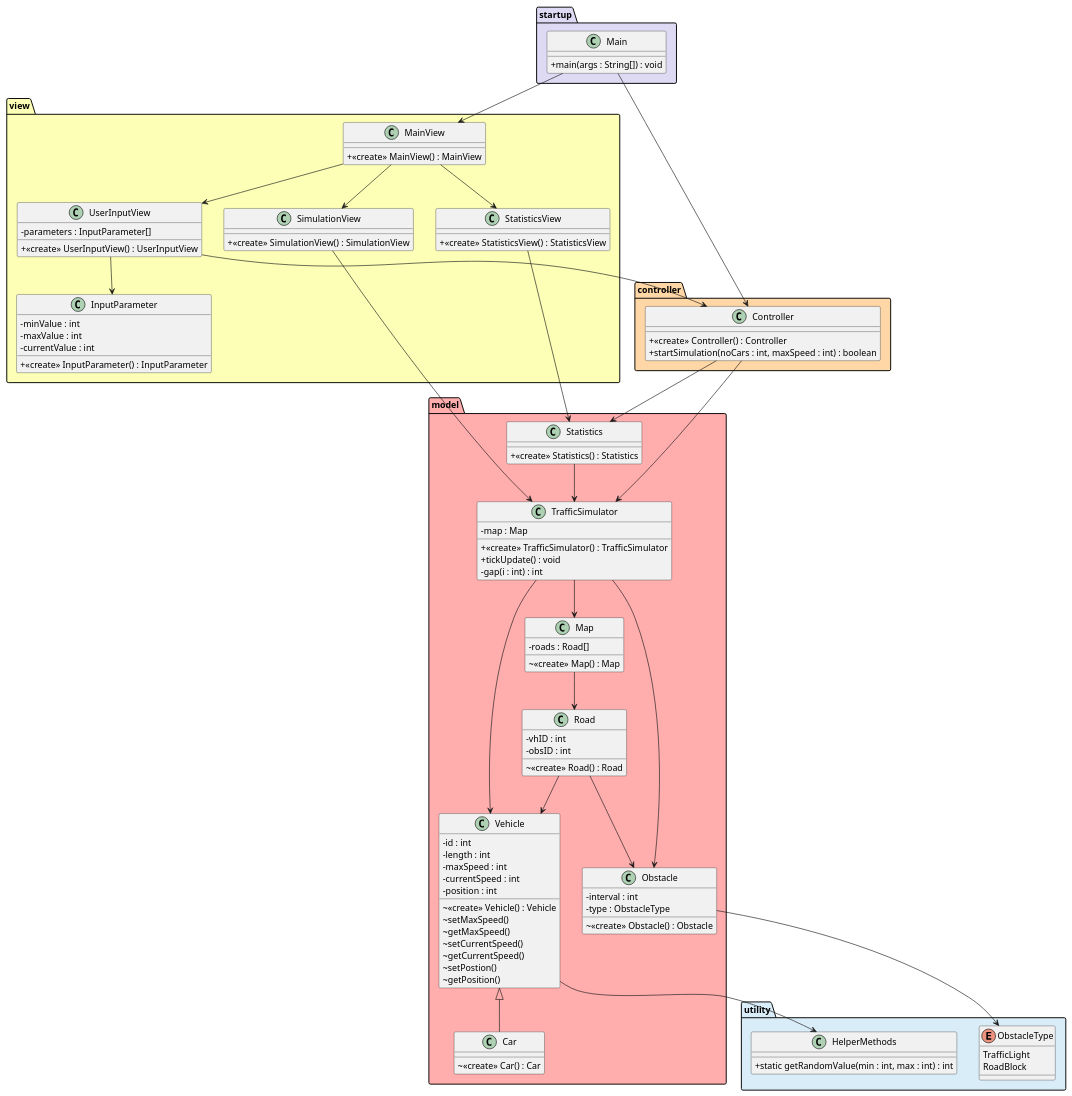
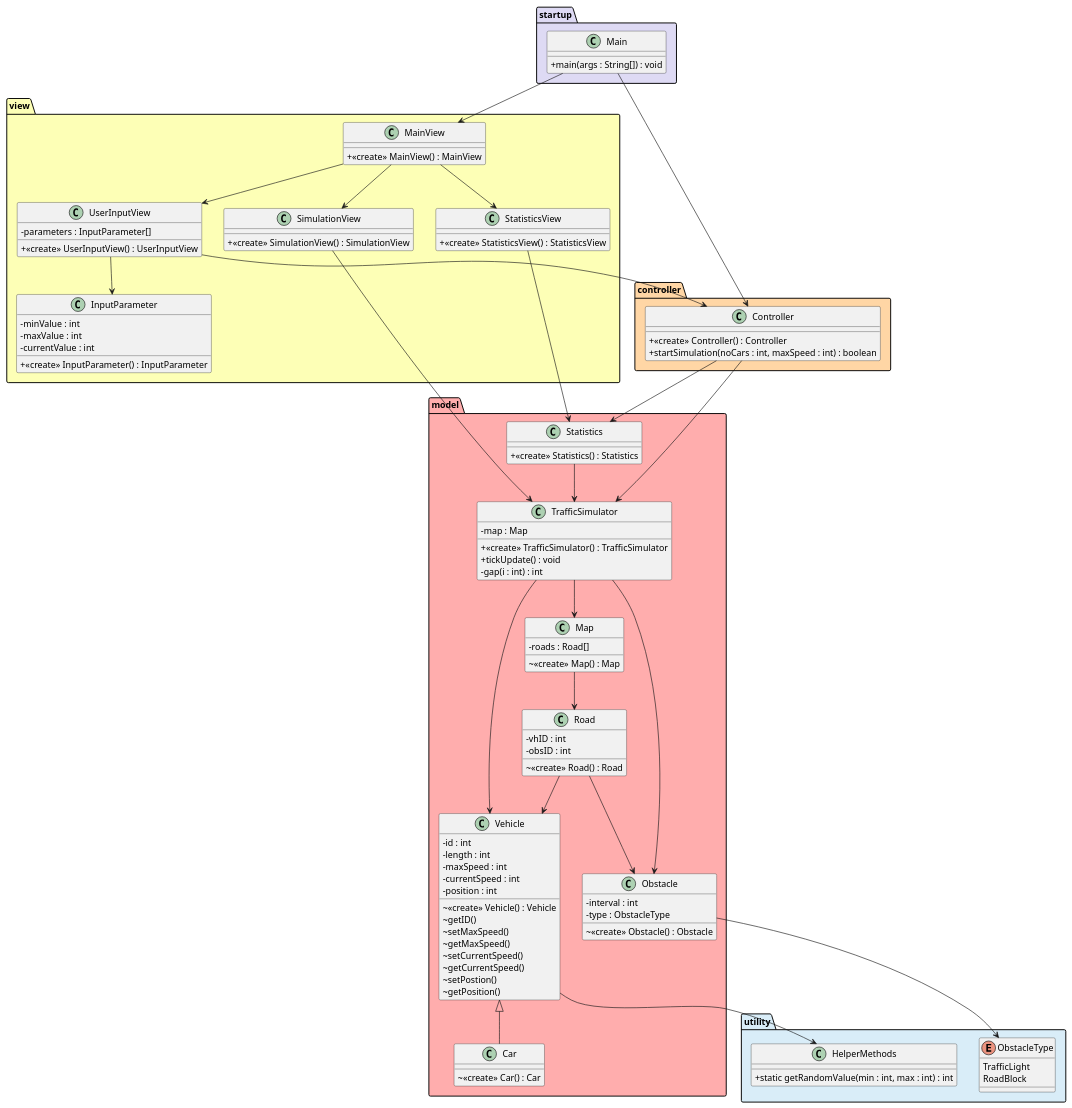
The diagram in class-diagram.puml (holmgren23/traffic-simulator), drawn with PlantUML before and after one commit.

Commit message:
Added getID to vehcile

```diff
--- a/class-diagram.puml
+++ b/class-diagram.puml
@@ -1,150 +1,151 @@
 @startuml TrafficSimulator
 skinparam classAttributeIconSize 0
 
 /'colors
 #FFADAD
 #FFD6A5
 #FDFFB6
 #E4F1EE
 #D9EDF8
 #DEDAF4'/
 
 package model #FFADAD {
   class TrafficSimulator {
   - map : Map
   + <<create>> TrafficSimulator() : TrafficSimulator
   + tickUpdate() : void
   - gap(i : int) : int
   }
 
   class Vehicle {
     - id : int
     - length : int
     - maxSpeed : int
     - currentSpeed : int
     - position : int
     ~ <<create>> Vehicle() : Vehicle
+    ~ getID()
     ~ setMaxSpeed()
     ~ getMaxSpeed()
     ~ setCurrentSpeed()
     ~ getCurrentSpeed()
     ~ setPostion()
     ~ getPosition()
 
 
   }
 
   class Car {
     ~ <<create>> Car() : Car
   }
 
   class Map {
     - roads : Road[]
     ~ <<create>> Map() : Map
   }
 
   class Road {
     - vhID : int
     - obsID : int
     ~ <<create>> Road() : Road
   }
 
   class Obstacle {
     - interval : int
     - type : ObstacleType
     ~ <<create>> Obstacle() : Obstacle
   }
 
   class Statistics {
     + <<create>> Statistics() : Statistics
   }
 
   TrafficSimulator --> Map
   TrafficSimulator --> Vehicle
   TrafficSimulator --> Obstacle
   Map --> Road
   Road --> Obstacle
   Road --> Vehicle
   Vehicle <|-- Car
   Statistics --> TrafficSimulator
 }
 
 package controller #FFD6A5 {
   class Controller {
     + <<create>> Controller() : Controller
     + startSimulation(noCars : int, maxSpeed : int) : boolean
   }
 
   Controller --> Statistics
   Controller --> TrafficSimulator
 }
 
 package view #FDFFB6 {
   class MainView {
     + <<create>> MainView() : MainView
   }
   class UserInputView {
     - parameters : InputParameter[]
     + <<create>> UserInputView() : UserInputView
   }
 
   class InputParameter {
     - minValue : int
     - maxValue : int
     - currentValue : int 
     + <<create>> InputParameter() : InputParameter
   }
 
   class StatisticsView {
     + <<create>> StatisticsView() : StatisticsView
   }
 
   class SimulationView {
     + <<create>> SimulationView() : SimulationView
   }
 
   MainView --> UserInputView
   MainView --> StatisticsView
   MainView --> SimulationView
   UserInputView --> InputParameter
   
   UserInputView --> Controller
   StatisticsView --> Statistics
   SimulationView --> TrafficSimulator
 }
 
 package utility #D9EDF8 {
   enum ObstacleType {
     TrafficLight
     RoadBlock
   }
 
   class HelperMethods {
     + static getRandomValue(min : int, max : int) : int
   }
 
 
   Obstacle --> ObstacleType
   Vehicle --> HelperMethods
 }
 
 package startup #DEDAF4 {
   class Main {
   + main(args : String[]) : void
 }
   Main --> Controller
   Main --> MainView
 }
 
 /'startup'/
 
 
 /'model'/
 
 /'utility'/
 
 
 
 /'view'
 
 @enduml
```
